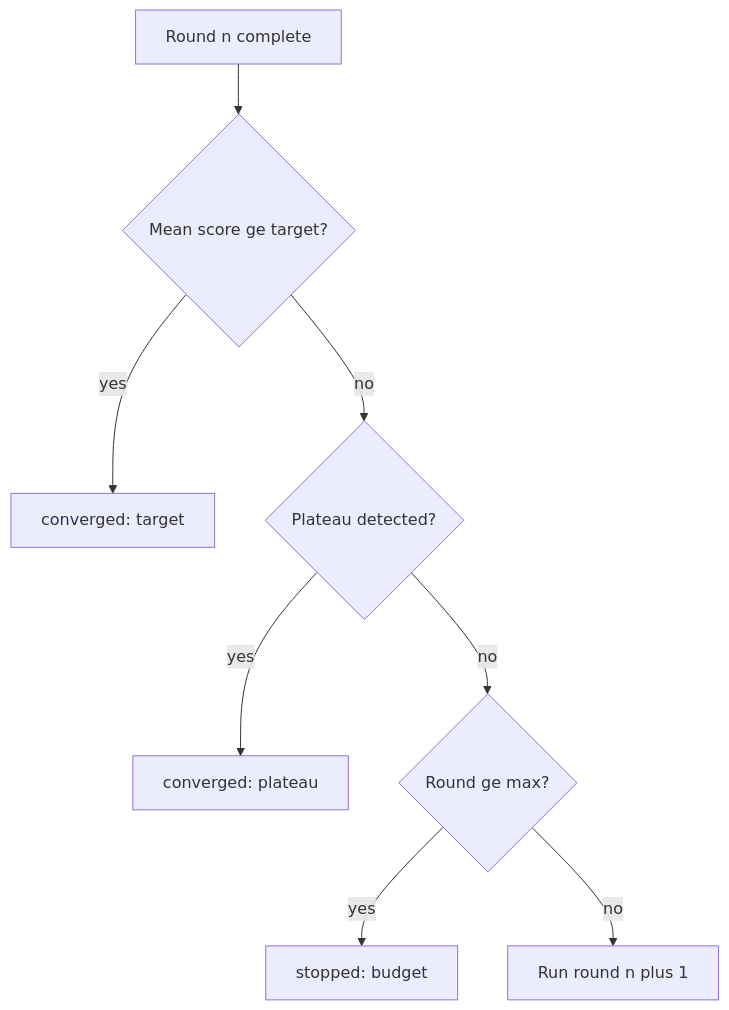
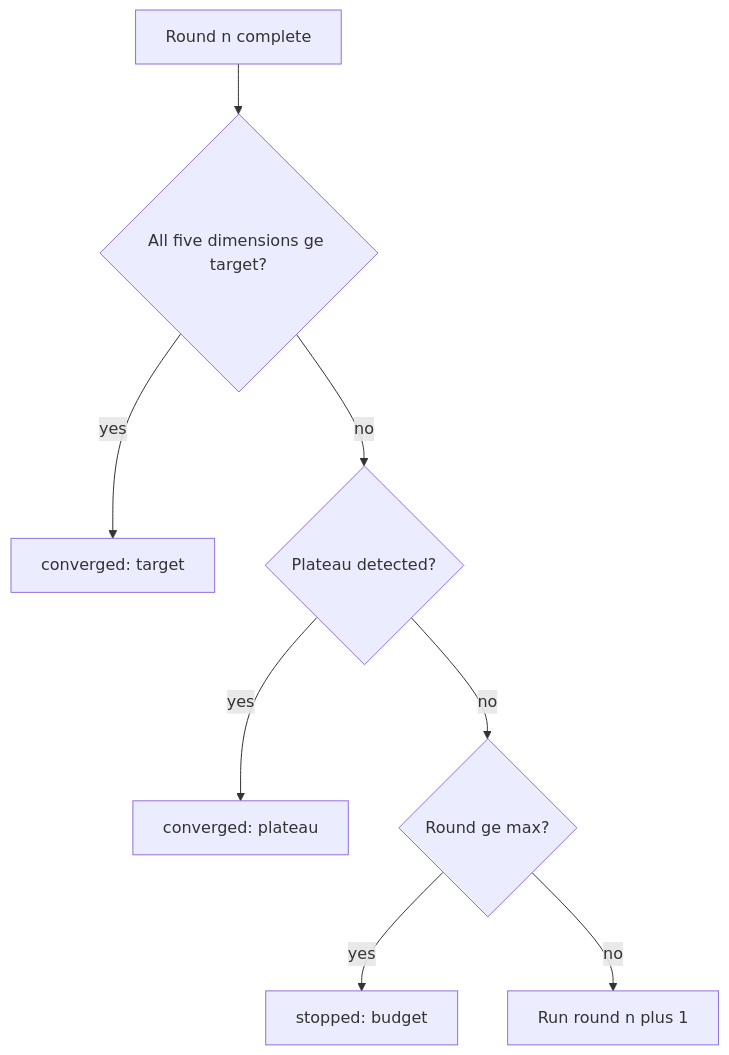
One commit to josh6011/ai-engineering changed the third of 4 diagrams in phases/19-capstone-projects/55-critic-loop/docs/en.md. Above: the diagram before and after it, drawn with Mermaid. The commit also changed other lines of this file and 2 other files, not shown here.

````diff
--- a/phases/19-capstone-projects/55-critic-loop/docs/en.md
+++ b/phases/19-capstone-projects/55-critic-loop/docs/en.md
@@ -55,10 +55,10 @@
 ```mermaid
 flowchart TB
-    Start[Round n complete] --> A{Mean score ge target?}
+    Start[Round n complete] --> A{All five dimensions ge target?}
     A -- yes --> Stop1[converged: target]
     A -- no --> B{Plateau detected?}
     B -- yes --> Stop2[converged: plateau]
     B -- no --> C{Round ge max?}
     C -- yes --> Stop3[stopped: budget]
     C -- no --> Next[Run round n plus 1]
 ```
````
